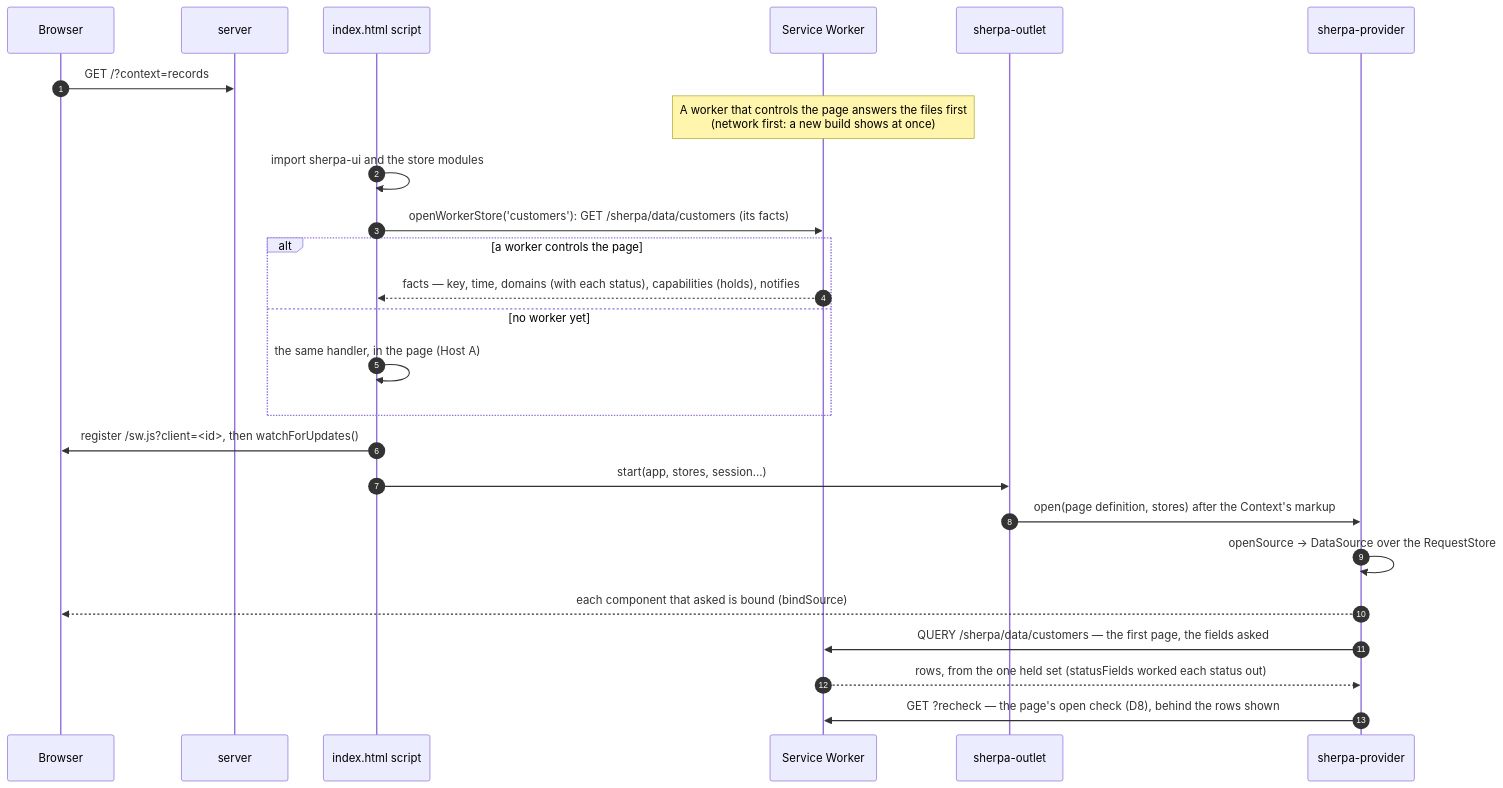
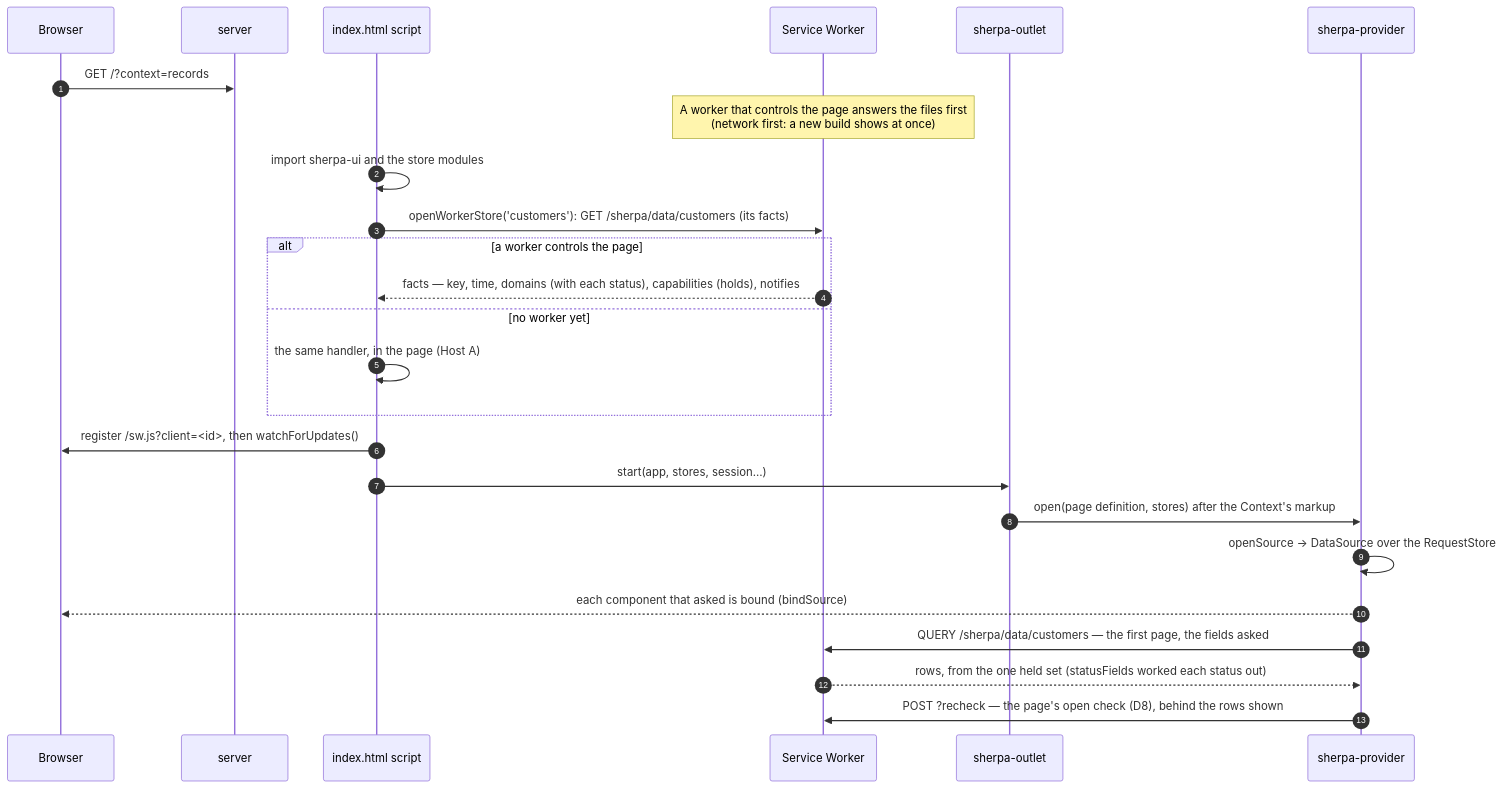
One commit to Mincher/sherpa-ui changed the second of 4 diagrams in docs/ARCHITECTURE.md. Above: the diagram before and after it, drawn with Mermaid. The commit also changed other lines of this file and 2 other files, not shown here.

````diff
--- a/docs/ARCHITECTURE.md
+++ b/docs/ARCHITECTURE.md
@@ -93,28 +95,28 @@
 ```mermaid
 sequenceDiagram
   autonumber
   participant B as Browser
   participant S as server
   participant P as index.html script
   participant W as Service Worker
   participant O as sherpa-outlet
   participant Pr as sherpa-provider
 
   B->>S: GET /?context=records
   Note over W: A worker that controls the page answers the files first<br/>(network first: a new build shows at once)
   P->>P: import sherpa-ui and the store modules
   P->>W: openWorkerStore('customers'): GET /sherpa/data/customers (its facts)
   alt a worker controls the page
     W-->>P: facts — key, time, domains (with each status), capabilities (holds), notifies
   else no worker yet
     P->>P: the same handler, in the page (Host A)
   end
   P->>B: register /sw.js?client=<id>, then watchForUpdates()
   P->>O: start(app, stores, session…)
   O->>Pr: open(page definition, stores) after the Context's markup
   Pr->>Pr: openSource → DataSource over the RequestStore
   Pr-->>B: each component that asked is bound (bindSource)
   Pr->>W: QUERY /sherpa/data/customers — the first page, the fields asked
   W-->>Pr: rows, from the one held set (statusFields worked each status out)
-  Pr->>W: GET ?recheck — the page's open check (D8), behind the rows shown
+  Pr->>W: POST ?recheck — the page's open check (D8), behind the rows shown
 ```
````
